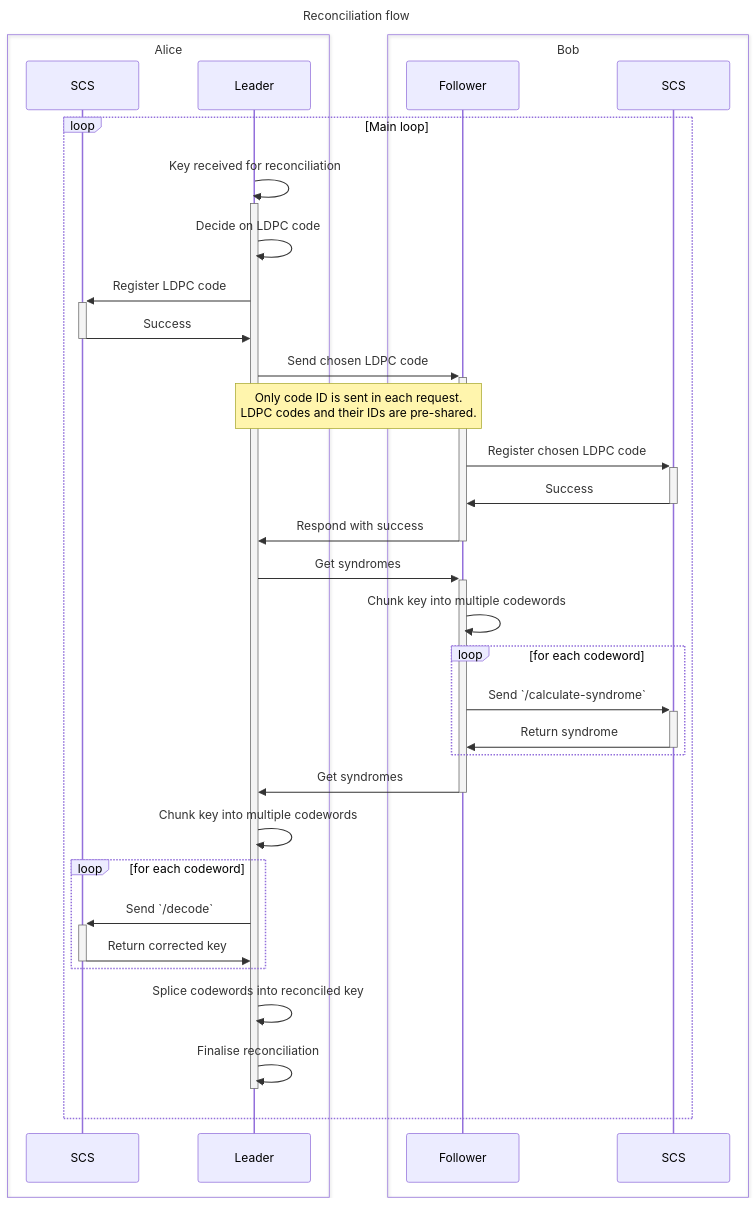
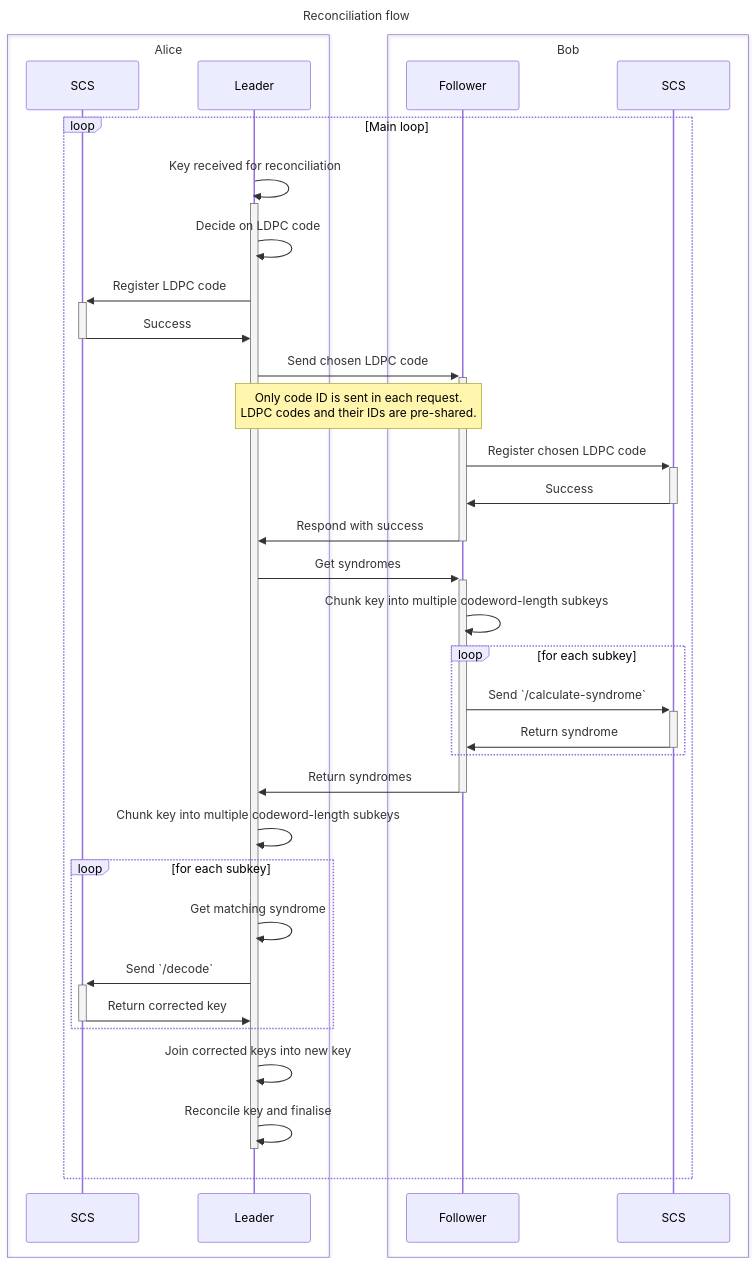
One commit to cybermerqury/aegle changed the second of 2 diagrams in simcommsys-plan.md. Above: the diagram before and after it, drawn with Mermaid. The commit also changed 2 other files, not shown here.

Commit message:
MQY-1873: Update comments and scs diagram

````diff
--- a/simcommsys-plan.md
+++ b/simcommsys-plan.md
@@ -50,48 +50,49 @@
 ```mermaid
 sequenceDiagram
     title Reconciliation flow
 
     box Alice
     participant SCSL as SCS
     participant L as Leader
     end
     
     box Bob
     participant F as Follower
     participant SCSF as SCS
     end
 
     loop Main loop
     L ->>+ L : Key received for reconciliation
 
     L ->> L : Decide on LDPC code
 
     L ->>+ SCSL : Register LDPC code
     SCSL ->>- L : Success
 
     L ->>+ F : Send chosen LDPC code
     Note over L,F : Only code ID is sent in each request. <br/> LDPC codes and their IDs are pre-shared.
     F ->>+ SCSF : Register chosen LDPC code
     SCSF ->>- F : Success
     F ->>- L : Respond with success
 
     L ->>+ F : Get syndromes
-    F ->> F : Chunk key into multiple codewords
-    loop for each codeword
+    F ->> F : Chunk key into multiple codeword-length subkeys
+    loop for each subkey
     F ->>+ SCSF : Send `/calculate-syndrome`
     SCSF ->>- F : Return syndrome
     end
-    F ->>- L : Get syndromes
+    F ->>- L : Return syndromes
 
-    L ->> L : Chunk key into multiple codewords
-    loop for each codeword
+    L ->> L : Chunk key into multiple codeword-length subkeys
+    loop for each subkey
+    L ->> L : Get matching syndrome
     L ->>+ SCSL : Send `/decode`
     SCSL ->>- L : Return corrected key
     end
 
-    L ->> L : Splice codewords into reconciled key
+    L ->> L : Join corrected keys into new key
 
-    L ->>- L : Finalise reconciliation
+    L ->>- L : Reconcile key and finalise
 
     end
 ```
````
